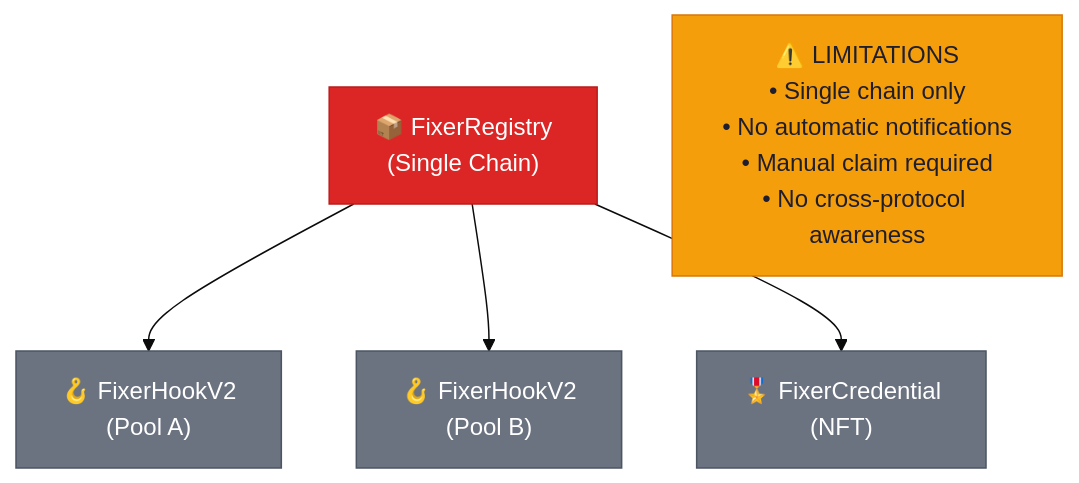
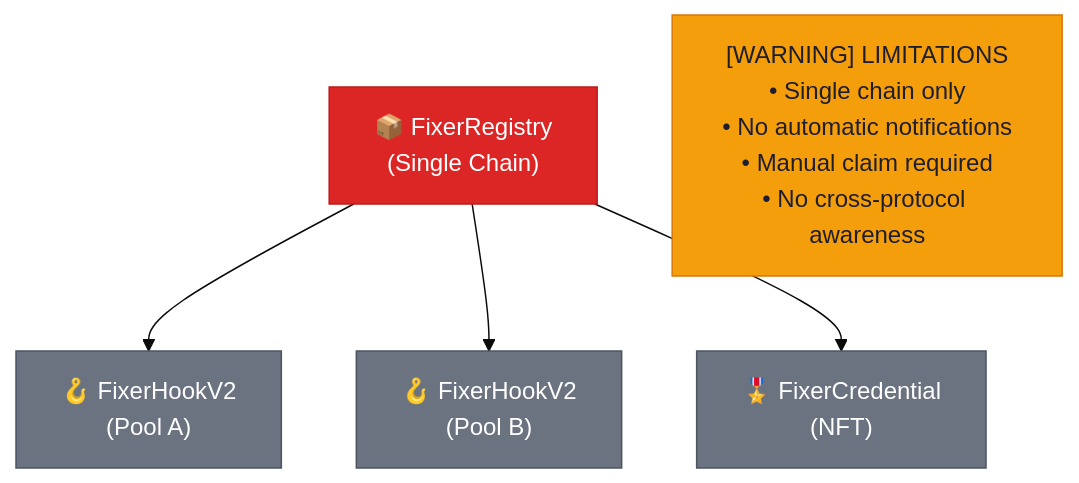
Before and after one commit to guglxni/the-fixer-hook: the fourth of 8 diagrams in docs/REACTIVE_NETWORK_INTEGRATION.md, drawn with Mermaid (base theme). The commit also changed other lines of this file and 15 other files, not shown here.

````diff
--- a/docs/REACTIVE_NETWORK_INTEGRATION.md
+++ b/docs/REACTIVE_NETWORK_INTEGRATION.md
@@ -208,15 +208,15 @@
 ```mermaid
 flowchart TD
     Reg["📦 FixerRegistry\n(Single Chain)"]
     Reg --> HookA["🪝 FixerHookV2\n(Pool A)"]
     Reg --> HookB["🪝 FixerHookV2\n(Pool B)"]
     Reg --> Cred["🎖️ FixerCredential\n(NFT)"]
 
-    Limits["⚠️ LIMITATIONS\n• Single chain only\n• No automatic notifications\n• Manual claim required\n• No cross-protocol awareness"]
+    Limits["[WARNING] LIMITATIONS\n• Single chain only\n• No automatic notifications\n• Manual claim required\n• No cross-protocol awareness"]
 
     style Reg fill:#DC2626,color:#FFFFFF,stroke:#B91C1C
     style HookA fill:#6B7280,color:#FFFFFF,stroke:#4B5563
     style HookB fill:#6B7280,color:#FFFFFF,stroke:#4B5563
     style Cred fill:#6B7280,color:#FFFFFF,stroke:#4B5563
     style Limits fill:#F59E0B,color:#1E1E2E,stroke:#D97706
 ```
````
